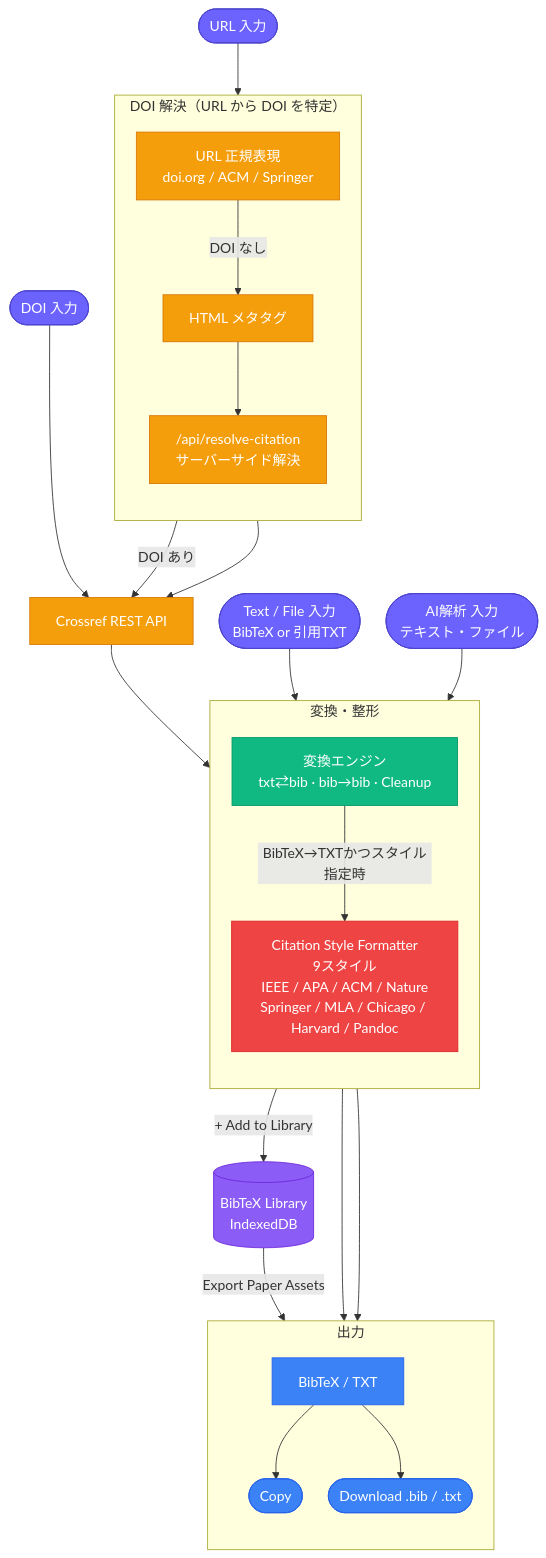
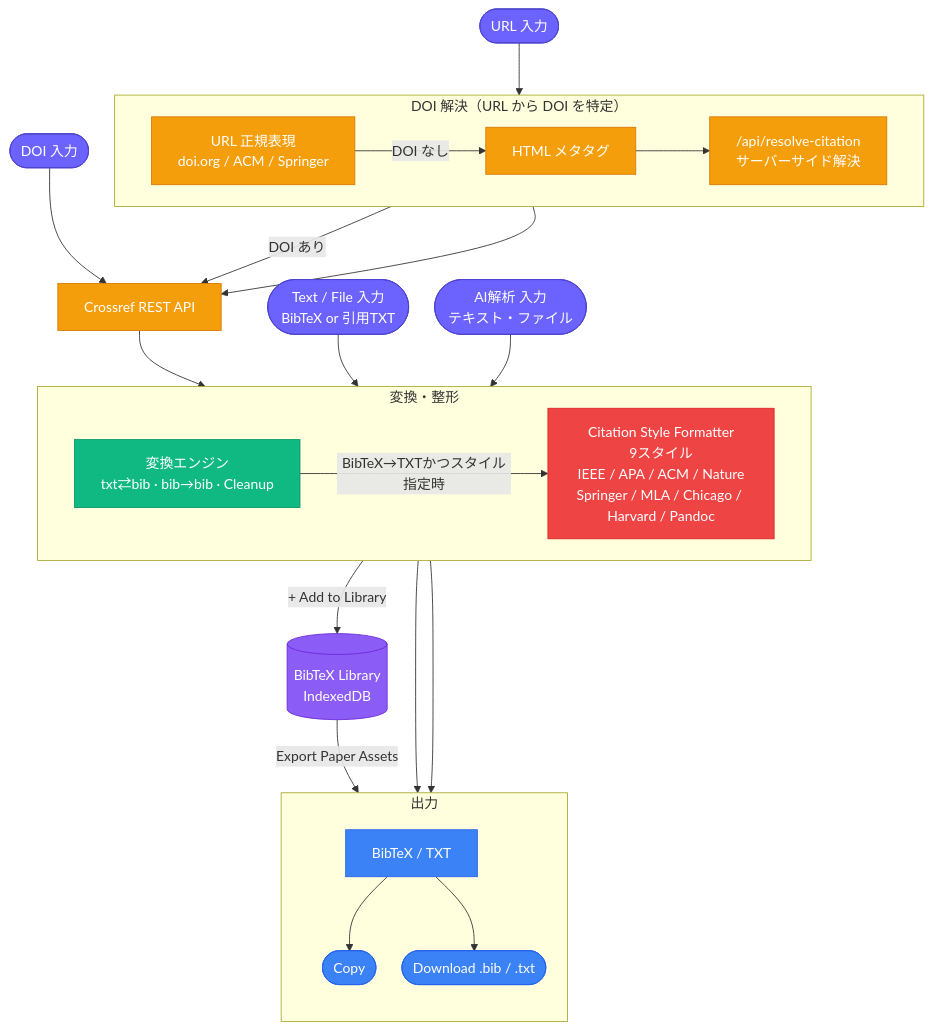
Before and after one commit to Axe0320/latex-research-toolkit: the first of 3 diagrams in docs/architecture/citation.md, drawn with Mermaid. The commit also changed 1 other file, not shown here.

Commit message:
アーキテクチャ図の枠と間隔は維持しつつ、同種ノードを横並びにして縦幅を短縮
- Citationの「DOI解決」「変換・整形」、画像変換の「出力・活用」の各枠内をdirection LRに変更（枠・タイトル・間隔は変更なし）
- 画像変換の「変換エンジン」枠は元々direction LRが指定されていたが、内部ノード同士に矢印が無いためMermaidの仕様で縦積みのままになっていた不具合を発見。見えない接続線（~~~）を追加して本来の横並び表示に修正
- ノード数・枠・間隔は変えずに、Citation -35%、画像変換 -46%の縦幅削減

````diff
--- a/docs/architecture/citation.md
+++ b/docs/architecture/citation.md
@@ -15,55 +15,55 @@
 ```mermaid
 %%{init: {'flowchart': {'nodeSpacing': 30, 'rankSpacing': 60}}}%%
 flowchart TD
     classDef input  fill:#6C63FF,color:#fff,stroke:#4a44cc
     classDef api    fill:#F59E0B,color:#fff,stroke:#D97706
     classDef parse  fill:#10B981,color:#fff,stroke:#059669
     classDef format fill:#EF4444,color:#fff,stroke:#DC2626
     classDef out    fill:#3B82F6,color:#fff,stroke:#2563EB
     classDef store  fill:#8B5CF6,color:#fff,stroke:#6D28D9
 
     T(["Text / File 入力<br/>BibTeX or 引用TXT"]):::input
     AI(["AI解析 入力<br/>テキスト・ファイル"]):::input
     D(["DOI 入力"]):::input
     U(["URL 入力"]):::input
 
     subgraph RESOLVE["DOI 解決（URL から DOI を特定）"]
-        direction TB
+        direction LR
         RX["URL 正規表現<br/>doi.org / ACM / Springer"]:::api
         META[HTML メタタグ]:::api
         PROXY["/api/resolve-citation<br/>サーバーサイド解決"]:::api
         RX -->|"DOI なし"| META --> PROXY
     end
 
     CR[Crossref REST API]:::api
 
     subgraph PROC["変換・整形"]
-        direction TB
+        direction LR
         CV["変換エンジン<br/>txt⇄bib · bib→bib · Cleanup"]:::parse
         SF["Citation Style Formatter<br/>9スタイル<br/>IEEE / APA / ACM / Nature<br/>Springer / MLA / Chicago / Harvard / Pandoc"]:::format
         CV -->|"BibTeX→TXTかつスタイル指定時"| SF
     end
 
     subgraph OUT["出力"]
         direction TB
         OP[BibTeX / TXT]:::out
         CP([Copy]):::out
         DL([Download .bib / .txt]):::out
         OP --> CP
         OP --> DL
     end
 
     LIB[("BibTeX Library<br/>IndexedDB")]:::store
 
     U --> RX
     D --> CR
     RX -->|"DOI あり"| CR
     PROXY --> CR
     CR --> CV
     T --> CV
     AI --> CV
     CV --> OP
     SF --> OP
     CV -->|"+ Add to Library"| LIB
     LIB -->|"Export Paper Assets"| DL
 ```
````
